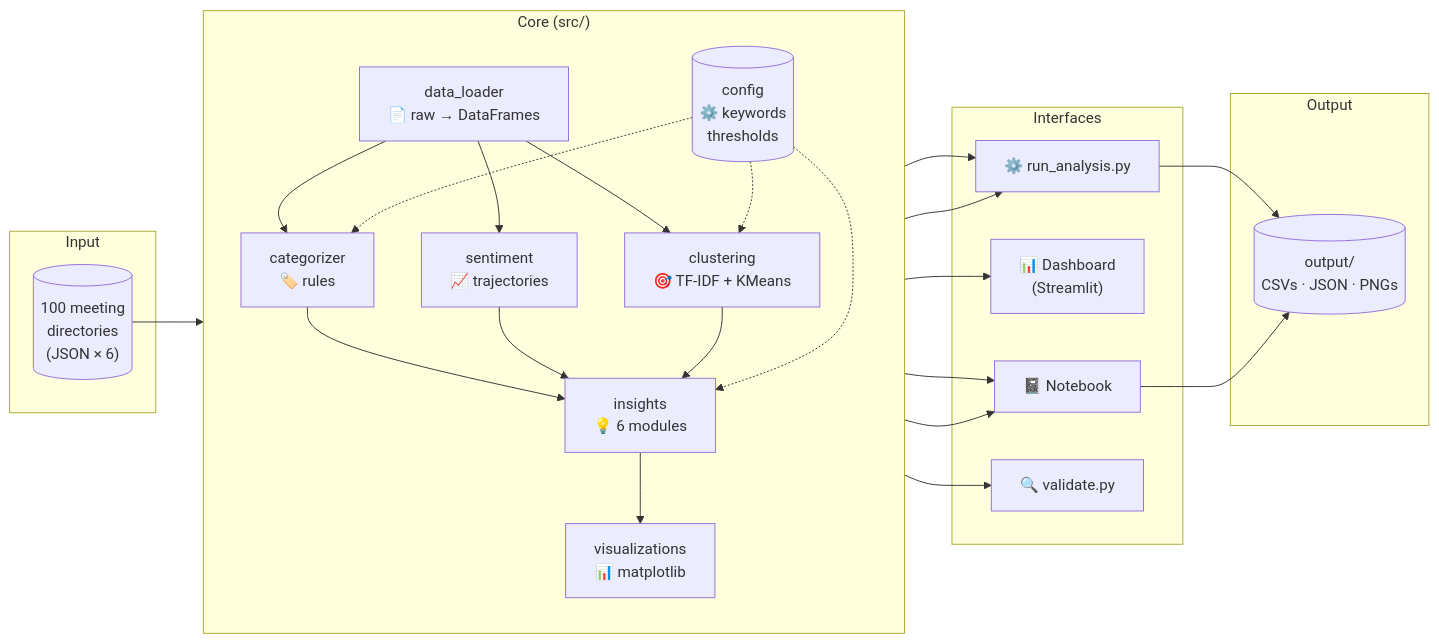
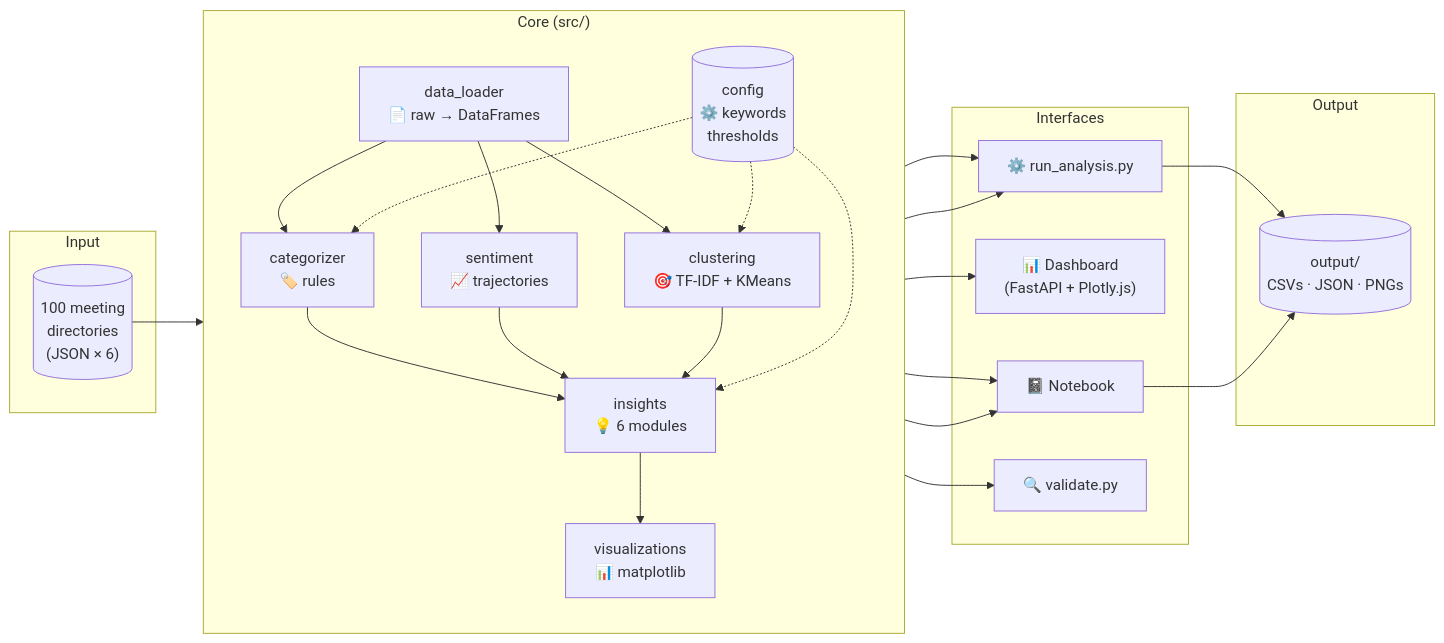
Before and after one commit to r2st/rubrik: the first of 6 diagrams in docs/ARCHITECTURE.md, drawn with Mermaid. The commit also changed other lines of this file and 6 other files, not shown here.

````diff
--- a/docs/ARCHITECTURE.md
+++ b/docs/ARCHITECTURE.md
@@ -30,51 +19,51 @@
 ```mermaid
 flowchart LR
     subgraph "Input"
         Data[("100 meeting<br/>directories<br/>(JSON × 6)")]
     end
 
     subgraph "Core (src/)"
         direction TB
         Loader["data_loader<br/>📄 raw → DataFrames"]
         Cat["categorizer<br/>🏷️ rules"]
         Sent["sentiment<br/>📈 trajectories"]
         Clust["clustering<br/>🎯 TF-IDF + KMeans"]
         Ins["insights<br/>💡 6 modules"]
         Viz["visualizations<br/>📊 matplotlib"]
         Cfg[("config<br/>⚙️ keywords<br/>thresholds")]
     end
 
     subgraph "Interfaces"
         NB["📓 Notebook"]
-        DB["📊 Dashboard<br/>(Streamlit)"]
+        DB["📊 Dashboard<br/>(FastAPI + Plotly.js)"]
         CLI["⚙️ run_analysis.py"]
         Val["🔍 validate.py"]
     end
 
     subgraph "Output"
         Out[("output/<br/>CSVs · JSON · PNGs")]
     end
 
     Data --> Loader
     Loader --> Cat
     Loader --> Sent
     Loader --> Clust
     Cat --> Ins
     Sent --> Ins
     Clust --> Ins
     Ins --> Viz
 
     Cfg -.-> Cat
     Cfg -.-> Clust
     Cfg -.-> Ins
 
     Ins --> NB
     Ins --> DB
     Ins --> CLI
     Ins --> Val
     Viz --> NB
     Viz --> CLI
 
     CLI --> Out
     NB --> Out
 ```
````
